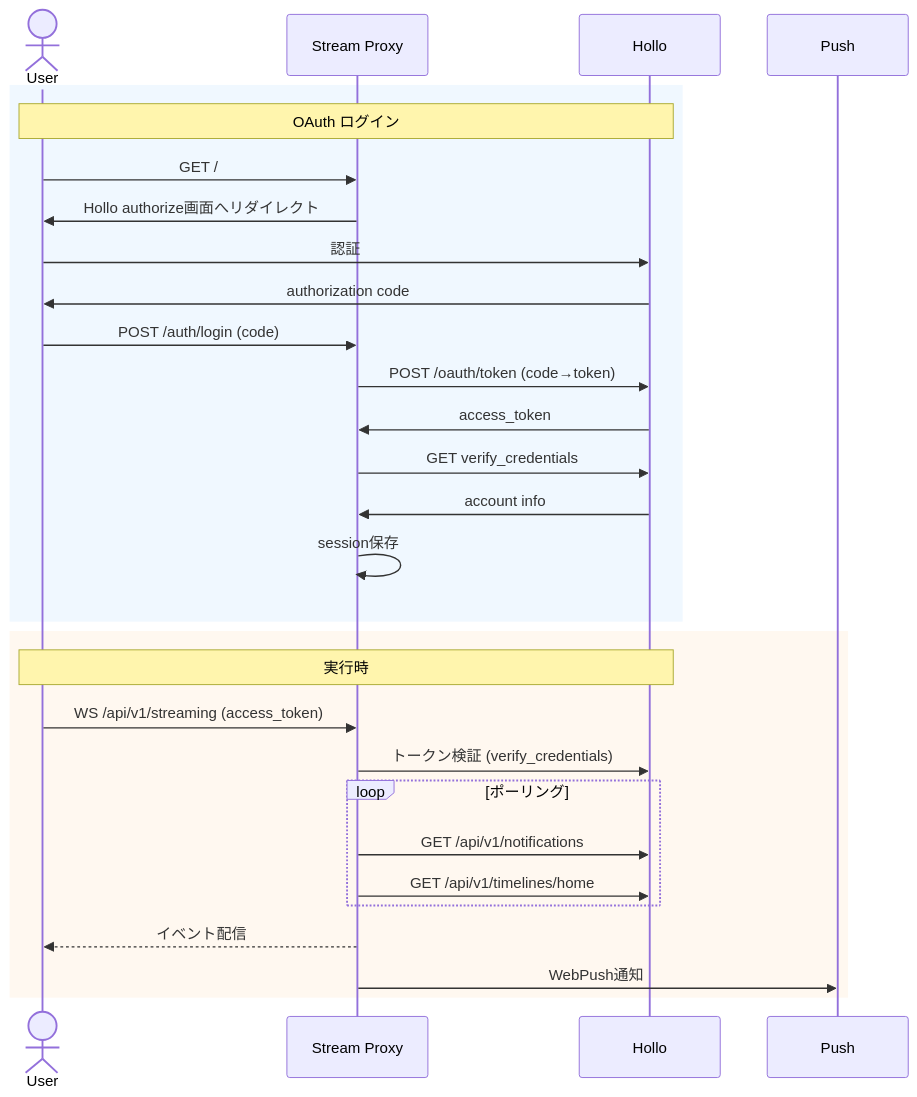
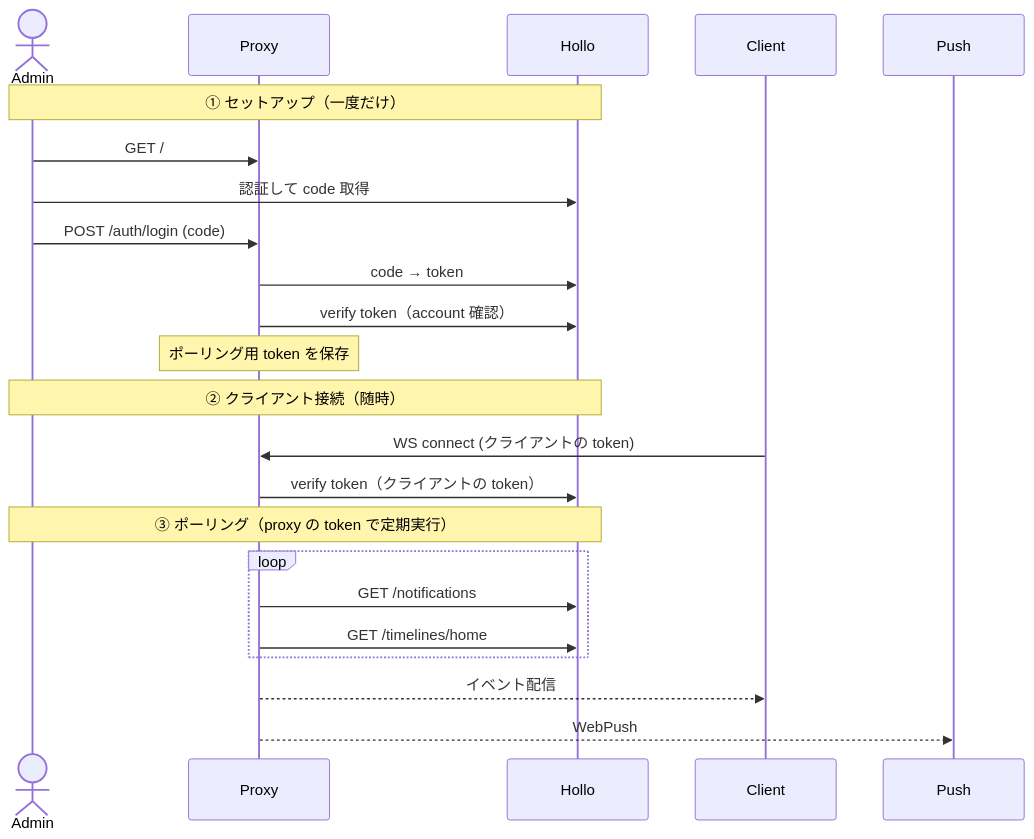
One commit to ntsklab/hollo-stream-proxy changed the diagram in README.md. Above: the diagram before and after it, drawn with Mermaid. The commit also changed other lines of this file, not shown here.

Commit message:
Simplify sequence diagram: split into setup/connect/poll phases

````diff
--- a/README.md
+++ b/README.md
@@ -119,32 +121,26 @@
 ```mermaid
 sequenceDiagram
-    actor User
-    participant Proxy as Stream Proxy
+    actor Admin
+    participant Proxy
     participant Hollo
 
-    rect rgb(240,248,255)
-        Note over User,Hollo: OAuth ログイン
-        User->>Proxy: GET /
-        Proxy->>User: Hollo authorize画面へリダイレクト
-        User->>Hollo: 認証
-        Hollo->>User: authorization code
-        User->>Proxy: POST /auth/login (code)
-        Proxy->>Hollo: POST /oauth/token (code→token)
-        Hollo->>Proxy: access_token
-        Proxy->>Hollo: GET verify_credentials
-        Hollo->>Proxy: account info
-        Proxy->>Proxy: session保存
+    Note over Admin,Hollo: ① セットアップ（一度だけ）
+    Admin->>Proxy: GET /
+    Admin->>Hollo: 認証して code 取得
+    Admin->>Proxy: POST /auth/login (code)
+    Proxy->>Hollo: code → token
+    Proxy->>Hollo: verify token（account 確認）
+    Note over Proxy: ポーリング用 token を保存
+
+    Note over Admin,Hollo: ② クライアント接続（随時）
+    Client->>Proxy: WS connect (クライアントの token)
+    Proxy->>Hollo: verify token（クライアントの token）
+
+    Note over Admin,Hollo: ③ ポーリング（proxy の token で定期実行）
+    loop
+        Proxy->>Hollo: GET /notifications
+        Proxy->>Hollo: GET /timelines/home
     end
-
-    rect rgb(255,248,240)
-        Note over User,Hollo: 実行時
-        User->>Proxy: WS /api/v1/streaming (access_token)
-        Proxy->>Hollo: トークン検証 (verify_credentials)
-        loop ポーリング
-            Proxy->>Hollo: GET /api/v1/notifications
-            Proxy->>Hollo: GET /api/v1/timelines/home
-        end
-        Proxy-->>User: イベント配信
-        Proxy->>Push: WebPush通知
-    end
+    Proxy-->>Client: イベント配信
+    Proxy-->>Push: WebPush
 ```
````
